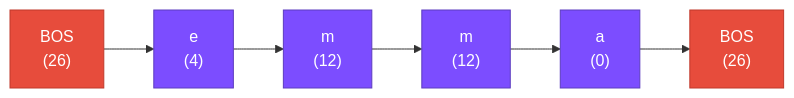
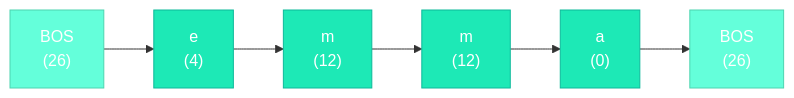
Before and after one commit to iamkhalid2/microgpt-course: the diagram in docs/01-data-and-tokenization/02-the-bos-token.md, drawn with Mermaid. The commit also changed 23 other files, not shown here.

````diff
--- a/docs/01-data-and-tokenization/02-the-bos-token.md
+++ b/docs/01-data-and-tokenization/02-the-bos-token.md
@@ -43,11 +43,11 @@
 ```mermaid
 flowchart LR
     B1["BOS\n(26)"] --> E["e\n(4)"] --> M1["m\n(12)"] --> M2["m\n(12)"] --> A["a\n(0)"] --> B2["BOS\n(26)"]
 
-    style B1 fill:#e74c3c,stroke:#c0392b,color:#fff
-    style E fill:#7c4dff,stroke:#5c3cbf,color:#fff
-    style M1 fill:#7c4dff,stroke:#5c3cbf,color:#fff
-    style M2 fill:#7c4dff,stroke:#5c3cbf,color:#fff
-    style A fill:#7c4dff,stroke:#5c3cbf,color:#fff
-    style B2 fill:#e74c3c,stroke:#c0392b,color:#fff
+    style B1 fill:#64ffda,stroke:#4dd4b0,color:#fff
+    style E fill:#1de9b6,stroke:#0db99a,color:#fff
+    style M1 fill:#1de9b6,stroke:#0db99a,color:#fff
+    style M2 fill:#1de9b6,stroke:#0db99a,color:#fff
+    style A fill:#1de9b6,stroke:#0db99a,color:#fff
+    style B2 fill:#64ffda,stroke:#4dd4b0,color:#fff
 ```
````
